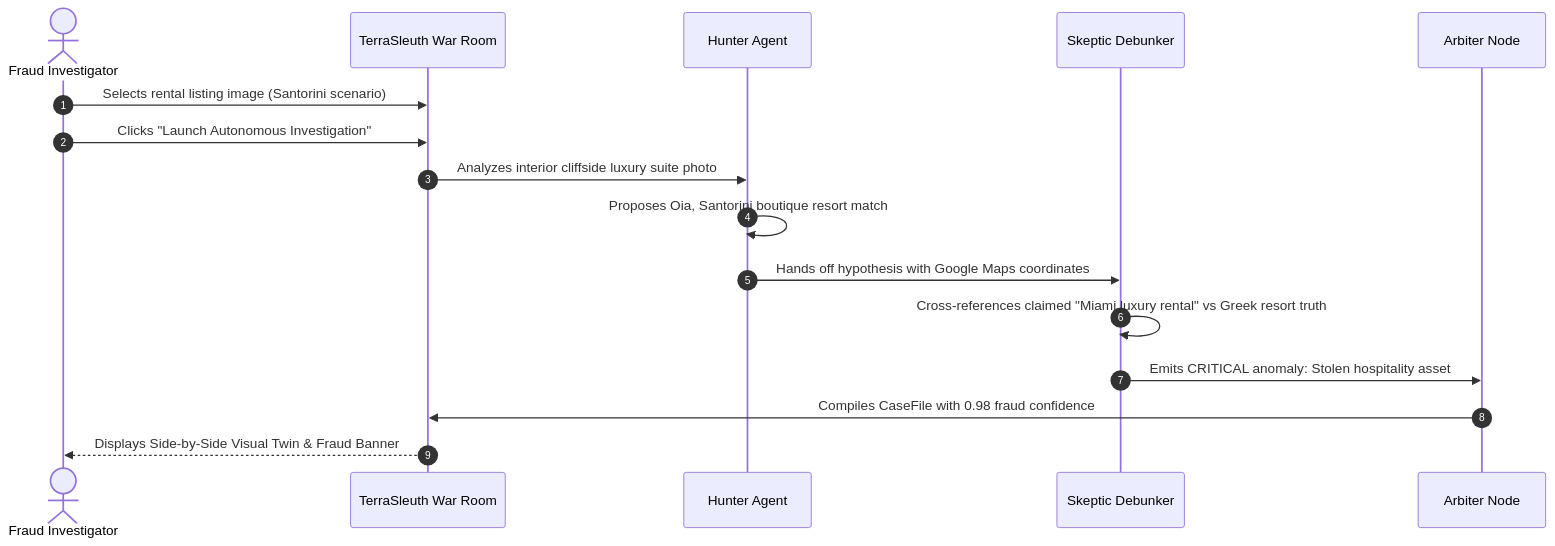
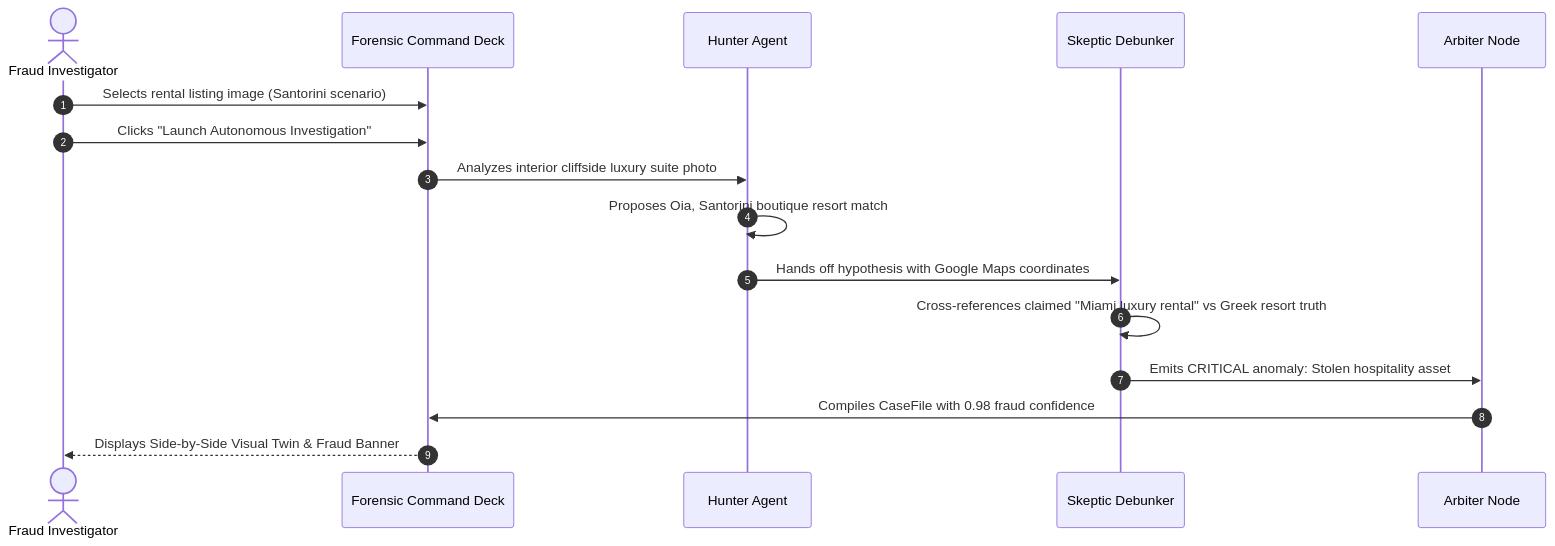
Before and after one commit to Siddhant75/TerraSleuth: the second of 3 diagrams in C4-Documentation/c4-context.md, drawn with Mermaid. The commit also changed other lines of this file and 28 other files, not shown here.

Commit message:
docs(readme): overhaul architecture with LangChain and LangGraph showcase, directory map, and institutional terminology (Task 8.16)

````diff
--- a/C4-Documentation/c4-context.md
+++ b/C4-Documentation/c4-context.md
@@ -91,19 +91,19 @@
 ```mermaid
 sequenceDiagram
     autonumber
     actor Investigator as Fraud Investigator
-    participant WarRoom as TerraSleuth War Room
+    participant CommandDeck as Forensic Command Deck
     participant Hunter as Hunter Agent
     participant Skeptic as Skeptic Debunker
     participant Arbiter as Arbiter Node
     
-    Investigator->>WarRoom: Selects rental listing image (Santorini scenario)
-    Investigator->>WarRoom: Clicks "Launch Autonomous Investigation"
-    WarRoom->>Hunter: Analyzes interior cliffside luxury suite photo
+    Investigator->>CommandDeck: Selects rental listing image (Santorini scenario)
+    Investigator->>CommandDeck: Clicks "Launch Autonomous Investigation"
+    CommandDeck->>Hunter: Analyzes interior cliffside luxury suite photo
     Hunter->>Hunter: Proposes Oia, Santorini boutique resort match
     Hunter->>Skeptic: Hands off hypothesis with Google Maps coordinates
     Skeptic->>Skeptic: Cross-references claimed "Miami luxury rental" vs Greek resort truth
     Skeptic->>Arbiter: Emits CRITICAL anomaly: Stolen hospitality asset
-    Arbiter->>WarRoom: Compiles CaseFile with 0.98 fraud confidence
-    WarRoom-->>Investigator: Displays Side-by-Side Visual Twin & Fraud Banner
+    Arbiter->>CommandDeck: Compiles CaseFile with 0.98 fraud confidence
+    CommandDeck-->>Investigator: Displays Side-by-Side Visual Twin & Fraud Banner
 ```
````
